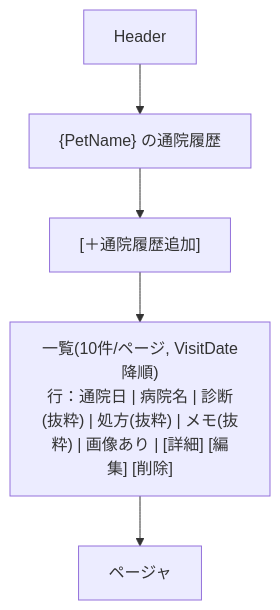
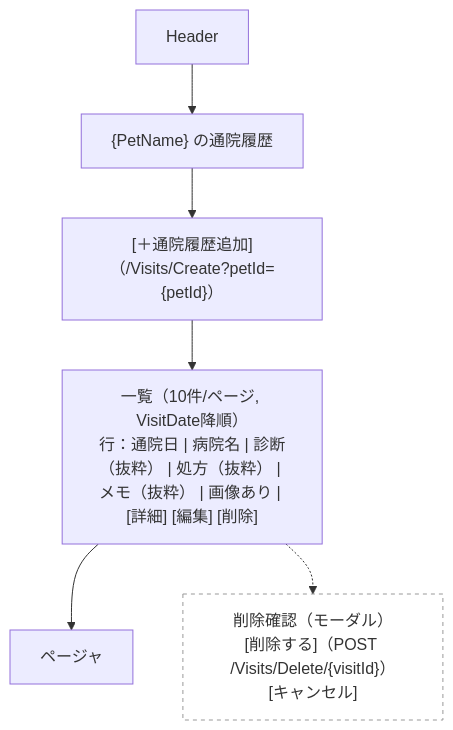
One commit to Cat5Dog2/PetHealthManagement changed diagram 19 of 23 in docs/ui-wireframe.md. Above: the diagram before and after it, drawn with Mermaid. The commit also changed other lines of this file, not shown here.

````diff
--- a/docs/ui-wireframe.md
+++ b/docs/ui-wireframe.md
@@ -165,10 +301,14 @@
 ```mermaid
 flowchart TB
   Header["Header"]
   Title["{PetName} の通院履歴"]
-  Actions["[＋通院履歴追加]"]
-  List["一覧(10件/ページ, VisitDate降順)<br/>行：通院日 | 病院名 | 診断(抜粋) | 処方(抜粋) | メモ(抜粋) | 画像あり | [詳細] [編集] [削除]"]
+  Actions["[＋通院履歴追加]（/Visits/Create?petId={petId}）"]
+  List["一覧（10件/ページ, VisitDate降順）<br/>行：通院日 | 病院名 | 診断（抜粋） | 処方（抜粋） | メモ（抜粋） | 画像あり | [詳細] [編集] [削除]"]
   Pager["ページャ"]
+  DeleteConfirm["削除確認（モーダル）<br/>[削除する]（POST /Visits/Delete/{visitId}）<br/>[キャンセル]"]:::note
 
   Header --> Title --> Actions --> List --> Pager
+  List -.-> DeleteConfirm
+
+  classDef note fill:#fff,stroke:#999,stroke-dasharray: 4 4,color:#333;
 ```
````
